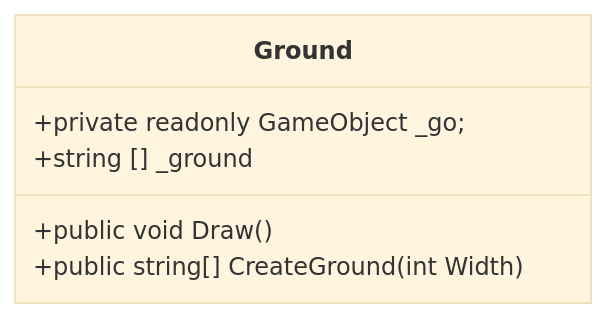
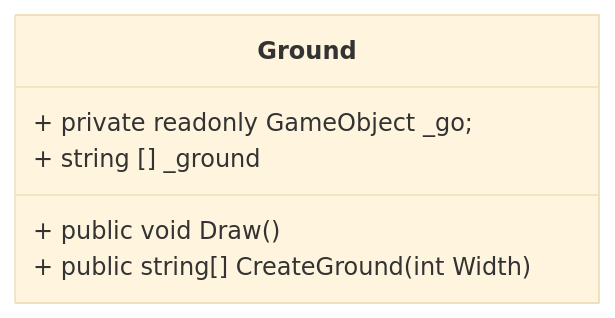
The sixth of 7 diagrams in dokumentasjon/diagram/klasse-diagram.md (NexusWeave/MVP-FlappyBird-cs), drawn with Mermaid (base theme) before and after one commit. The commit also changed other lines of this file, not shown here.

Commit message:
Fix formatting in klasse-diagram.md by adding spaces before access modifiers and method declarations

````diff
--- a/dokumentasjon/diagram/klasse-diagram.md
+++ b/dokumentasjon/diagram/klasse-diagram.md
@@ -88,12 +89,12 @@
 ```mermaid
     classDiagram
         direction TD
         class Ground {
-            +private readonly GameObject _go;
+            + private readonly GameObject _go;
 
-            +string [] _ground
+            + string [] _ground
     
-            +public void Draw()
-            +public string[] CreateGround(int Width)
+            + public void Draw()
+            + public string[] CreateGround(int Width)
         }
 ```
````
